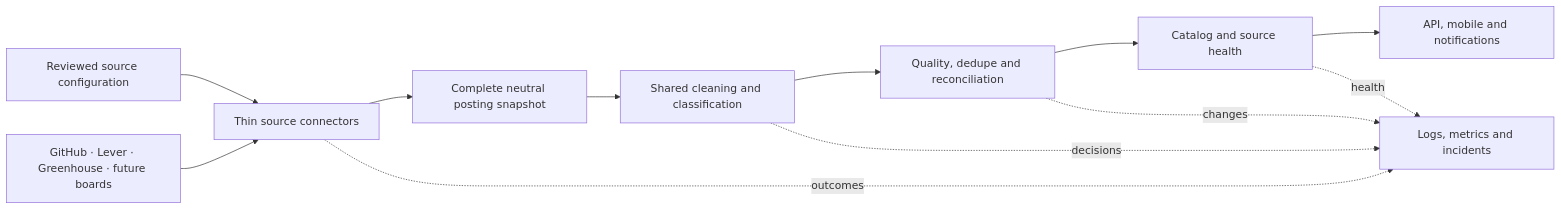
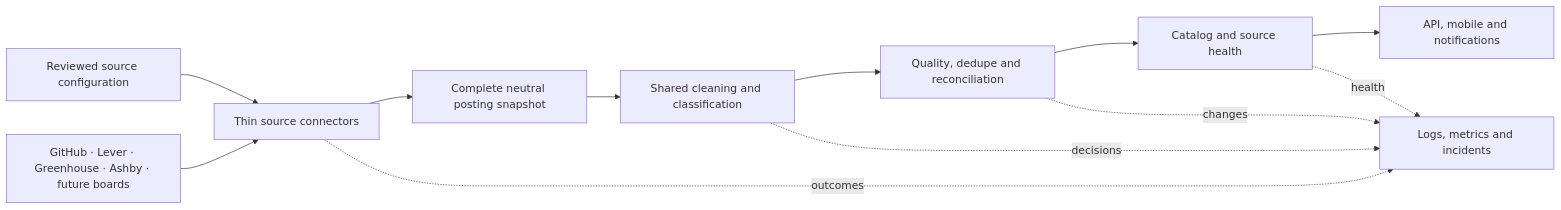
Before and after one commit to JDKrasnick/intern-notifs: the diagram in docs/ingestion-architecture.md, drawn with Mermaid. The commit also changed other lines of this file and 21 other files, not shown here.

````diff
--- a/docs/ingestion-architecture.md
+++ b/docs/ingestion-architecture.md
@@ -14,25 +14,25 @@
 ```mermaid
 flowchart LR
-    Sources["GitHub · Lever · Greenhouse · future boards"]
+    Sources["GitHub · Lever · Greenhouse · Ashby · future boards"]
     Config["Reviewed source configuration"]
     Connectors["Thin source connectors"]
     Snapshot["Complete neutral posting snapshot"]
     Processor["Shared cleaning and classification"]
     Reconciler["Quality, dedupe and reconciliation"]
     Store["Catalog and source health"]
     Product["API, mobile and notifications"]
     Monitor["Logs, metrics and incidents"]
 
     Config --> Connectors
     Sources --> Connectors
     Connectors --> Snapshot
     Snapshot --> Processor
     Processor --> Reconciler
     Reconciler --> Store
     Store --> Product
 
     Connectors -. outcomes .-> Monitor
     Processor -. decisions .-> Monitor
     Reconciler -. changes .-> Monitor
     Store -. health .-> Monitor
 ```
````
